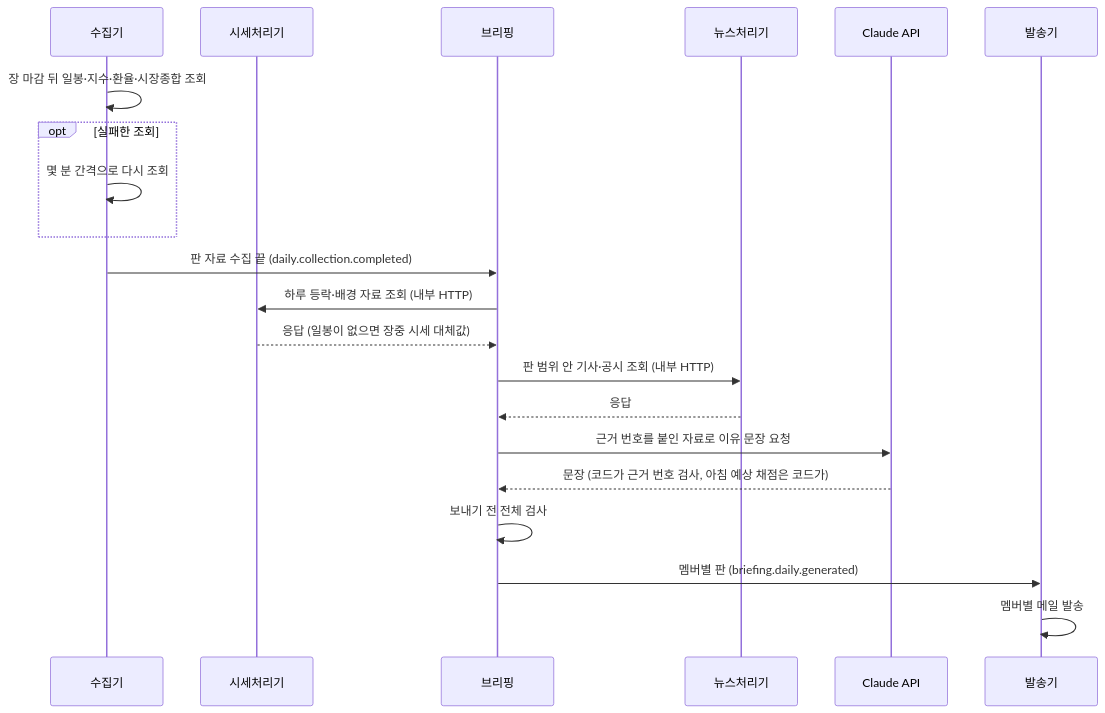
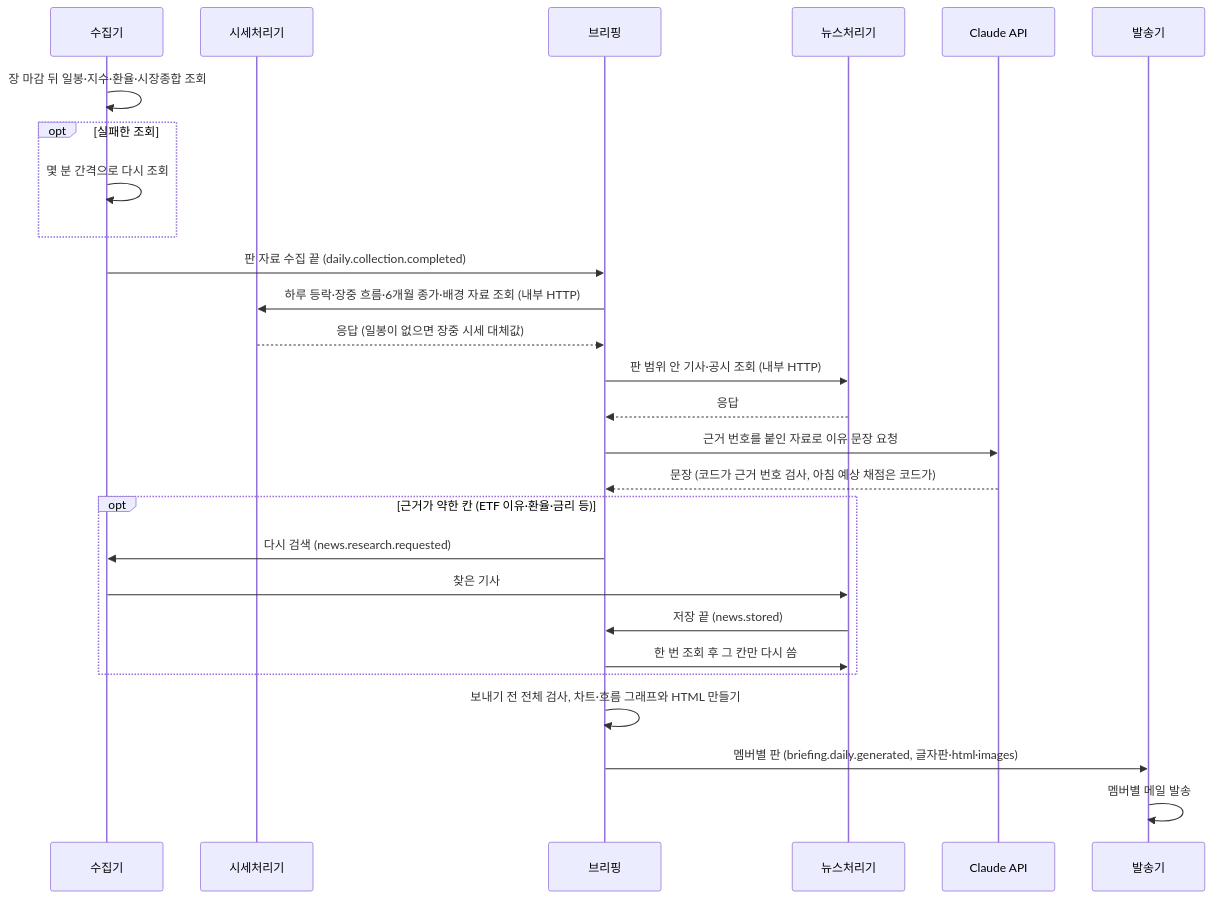
One commit to yc0191/stock-reading changed the second of 2 diagrams in README.md. Above: the diagram before and after it, drawn with Mermaid. The commit also changed other lines of this file and 2 other files, not shown here.

Commit message:
[docs] : Show the intraday flow chart and the research step in the README
<description>
* 메일 예시 그림 : 마감 후 판 예시를 지금 코드로 다시 만들어 하루 등락 차트 아래에 오늘 장중 흐름 그래프가 보임
* 예시 스크립트 : 가짜 ETF에 장중 흐름을 붙임. 기간 종가는 넣지 않아 1개월·6개월 흐름 그래프는 예시에서 빠짐(그림 길이)
* 마감 후 판 순서도 : 장중 흐름·6개월 종가 조회, 근거가 약한 칸의 재검색, 그래프와 HTML 만들기를 넣음
* 아침 판 : 발송 단계에 아침 판이 담는 것을 한 줄로 적음
* 로드맵 : 운영 문제 해결 여부 자동 판정을 끝난 것으로 체크

<why>
* 데일리 판 재구성(#101)이 main에 들어갔는데 README의 메일 예시·순서도는 그 전 모습이었다
* 자동 판정은 운영 서버에서 켜져 있다

<risk>
* 문서와 예시 그림만 바뀌어 운영 동작에는 영향이 없다

````diff
--- a/README.md
+++ b/README.md
@@ -82,23 +82,29 @@
 ```mermaid
 sequenceDiagram
     participant C as 수집기
     participant M as 시세처리기
     participant B as 브리핑
     participant N as 뉴스처리기
     participant L as Claude API
     participant S as 발송기
     C->>C: 장 마감 뒤 일봉·지수·환율·시장종합 조회
     opt 실패한 조회
         C->>C: 몇 분 간격으로 다시 조회
     end
     C->>B: 판 자료 수집 끝 (daily.collection.completed)
-    B->>M: 하루 등락·배경 자료 조회 (내부 HTTP)
+    B->>M: 하루 등락·장중 흐름·6개월 종가·배경 자료 조회 (내부 HTTP)
     M-->>B: 응답 (일봉이 없으면 장중 시세 대체값)
     B->>N: 판 범위 안 기사·공시 조회 (내부 HTTP)
     N-->>B: 응답
     B->>L: 근거 번호를 붙인 자료로 이유 문장 요청
     L-->>B: 문장 (코드가 근거 번호 검사, 아침 예상 채점은 코드가)
-    B->>B: 보내기 전 전체 검사
-    B->>S: 멤버별 판 (briefing.daily.generated)
+    opt 근거가 약한 칸 (ETF 이유·환율·금리 등)
+        B->>C: 다시 검색 (news.research.requested)
+        C->>N: 찾은 기사
+        N->>B: 저장 끝 (news.stored)
+        B->>N: 한 번 조회 후 그 칸만 다시 씀
+    end
+    B->>B: 보내기 전 전체 검사, 차트·흐름 그래프와 HTML 만들기
+    B->>S: 멤버별 판 (briefing.daily.generated, 글자판·html·images)
     S->>S: 멤버별 메일 발송
 ```
````
